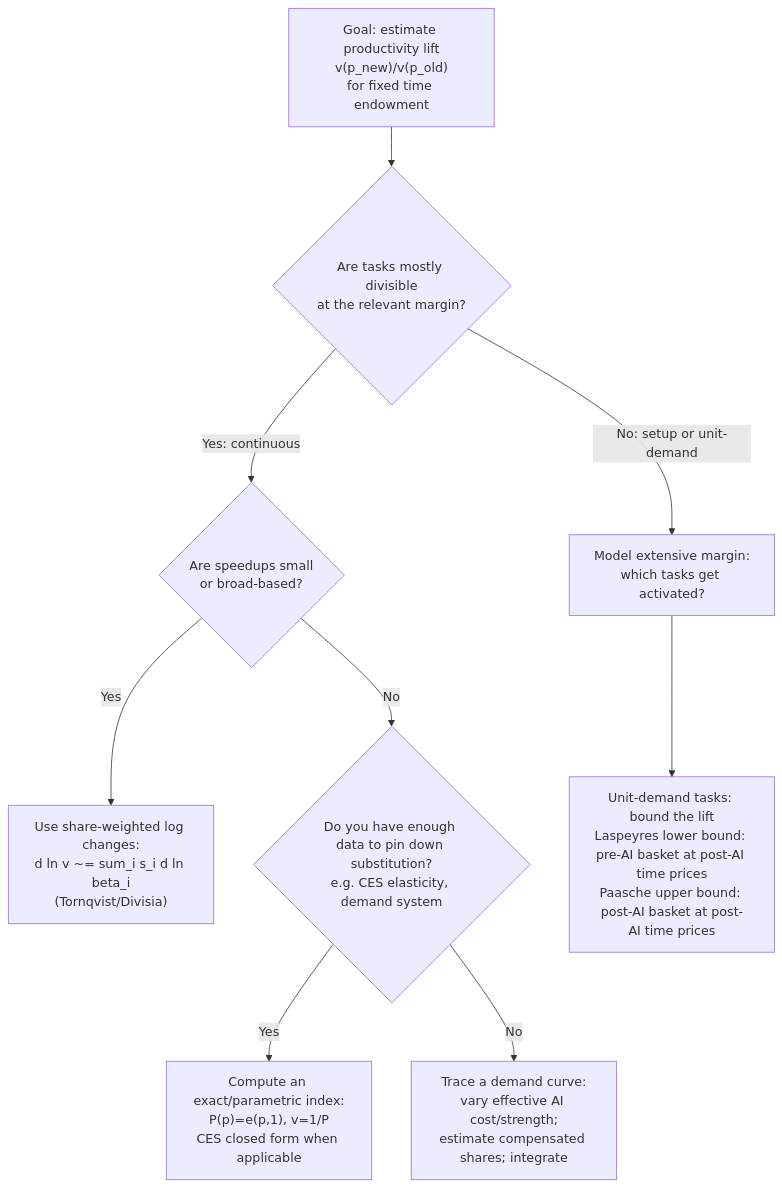
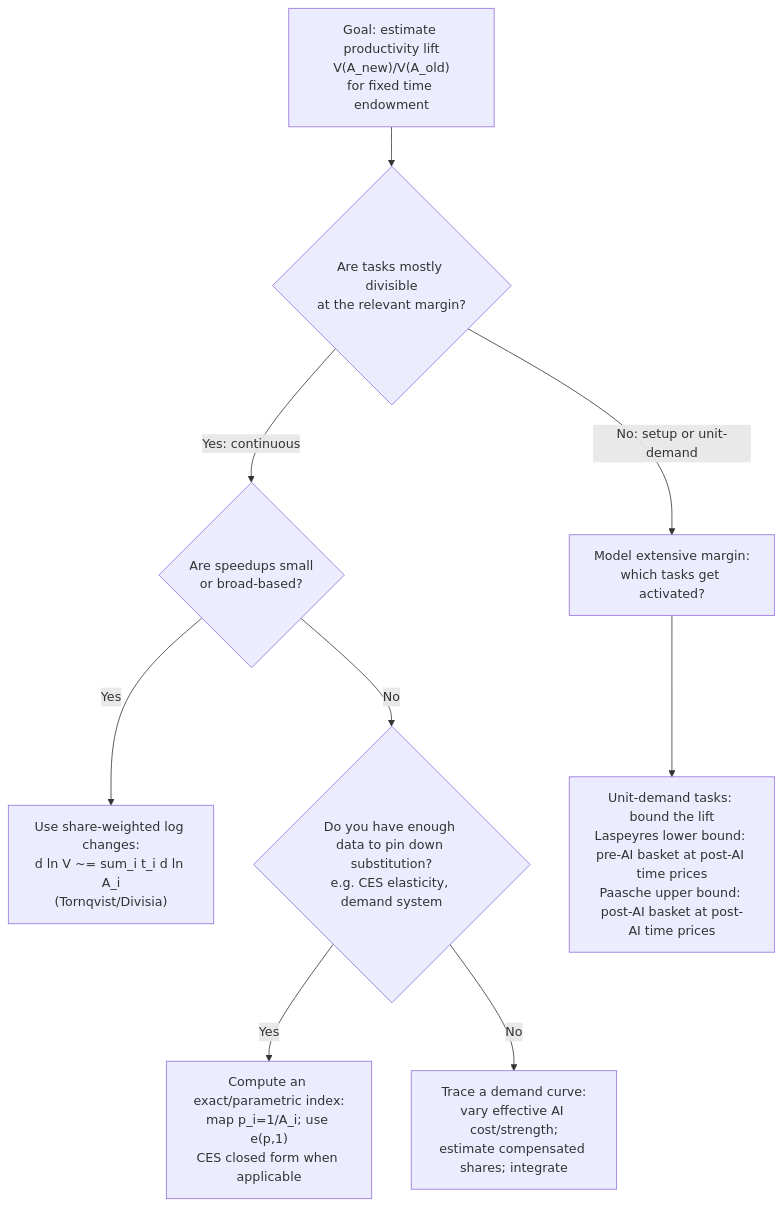
Before and after one commit to tecunningham/tecunningham.github.io: the diagram in posts/2025-12-17-llm-time-saving-demand-theory-substitution.llm.qmd, drawn with Mermaid. The commit also changed other lines of this file and 2 other files, not shown here.

Commit message:
Make A,t canonical; drop beta/x; fix deflist math formatting

````diff
--- a/posts/2025-12-17-llm-time-saving-demand-theory-substitution.llm.qmd
+++ b/posts/2025-12-17-llm-time-saving-demand-theory-substitution.llm.qmd
@@ -127,13 +146,13 @@
 ```{mermaid}
 flowchart TD
-  A["Goal: estimate productivity lift<br/>v(p_new)/v(p_old)<br/>for fixed time endowment"] --> B{"Are tasks mostly divisible<br/>at the relevant margin?"}
+  A["Goal: estimate productivity lift<br/>V(A_new)/V(A_old)<br/>for fixed time endowment"] --> B{"Are tasks mostly divisible<br/>at the relevant margin?"}
 
   B -->|Yes: continuous| C{"Are speedups small<br/>or broad-based?"}
-  C -->|Yes| D["Use share-weighted log changes:<br/>d ln v ~= sum_i s_i d ln beta_i<br/>(Tornqvist/Divisia)"]
+  C -->|Yes| D["Use share-weighted log changes:<br/>d ln V ~= sum_i t_i d ln A_i<br/>(Tornqvist/Divisia)"]
   C -->|No| E{"Do you have enough data to pin down substitution?<br/>e.g. CES elasticity, demand system"}
-  E -->|Yes| F["Compute an exact/parametric index:<br/>P(p)=e(p,1), v=1/P<br/>CES closed form when applicable"]
+  E -->|Yes| F["Compute an exact/parametric index:<br/>map p_i=1/A_i; use e(p,1)<br/>CES closed form when applicable"]
   E -->|No| G["Trace a demand curve:<br/>vary effective AI cost/strength;<br/>estimate compensated shares; integrate"]
 
   B -->|No: setup or unit-demand| H["Model extensive margin:<br/>which tasks get activated?"]
   H --> I["Unit-demand tasks: bound the lift<br/>Laspeyres lower bound: pre-AI basket at post-AI time prices<br/>Paasche upper bound: post-AI basket at post-AI time prices"]
 ```
````
